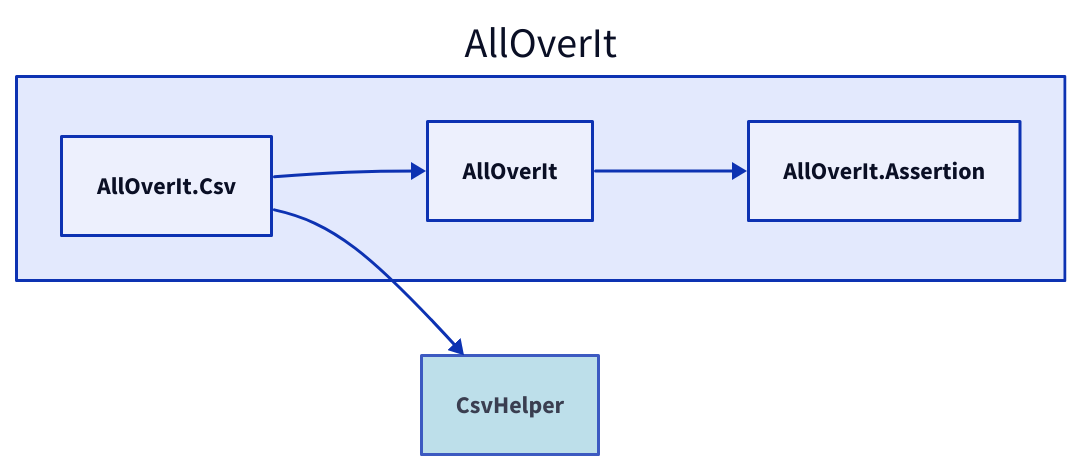
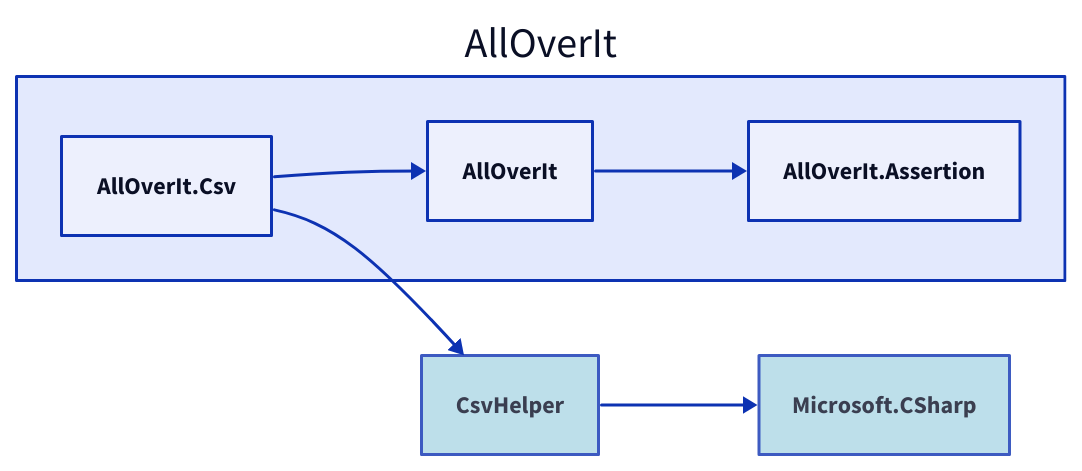
One commit to nickathone/AllOverIt changed the diagram in Docs/Dependencies/alloverit-csv.d2. Above: the diagram before and after it, drawn with D2. The commit also changed 48 other files, not shown here.

Commit message:
Some dependency diagram updates - WIP

```diff
--- a/Docs/Dependencies/alloverit-csv.d2
+++ b/Docs/Dependencies/alloverit-csv.d2
@@ -1,13 +1,17 @@
 direction: right
 
 aoi: AllOverIt
 aoi.alloverit-csv: AllOverIt.Csv
 aoi.alloverit: AllOverIt
 aoi.alloverit-assertion: AllOverIt.Assertion
 csvhelper: CsvHelper
 csvhelper.style.fill: lightblue
 csvhelper.style.opacity: 0.8
+microsoft-csharp: Microsoft.CSharp
+microsoft-csharp.style.fill: lightblue
+microsoft-csharp.style.opacity: 0.8
 
 aoi.alloverit <- aoi.alloverit-csv
 aoi.alloverit-assertion <- aoi.alloverit
 csvhelper <- aoi.alloverit-csv
+microsoft-csharp <- csvhelper
```
